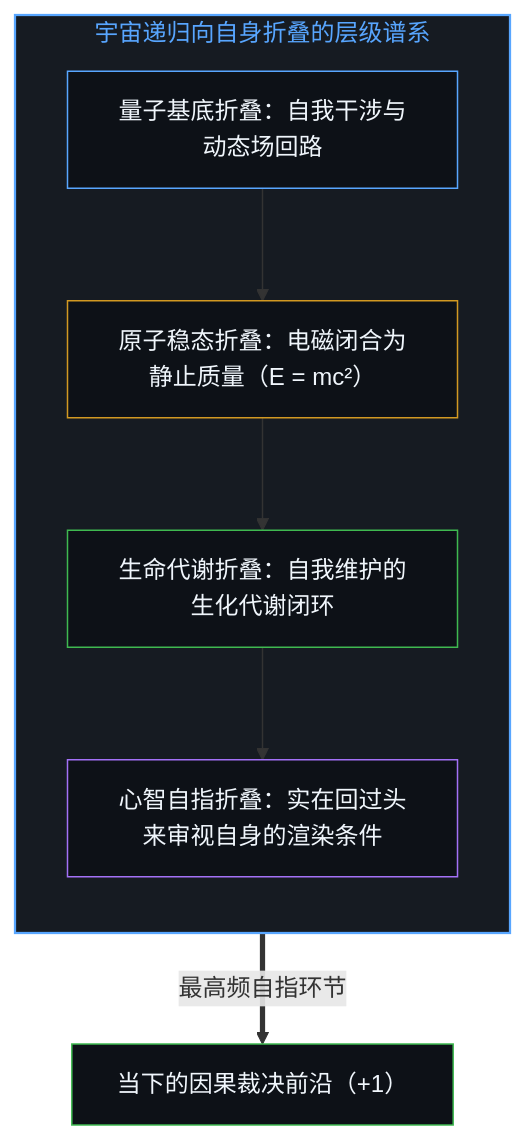
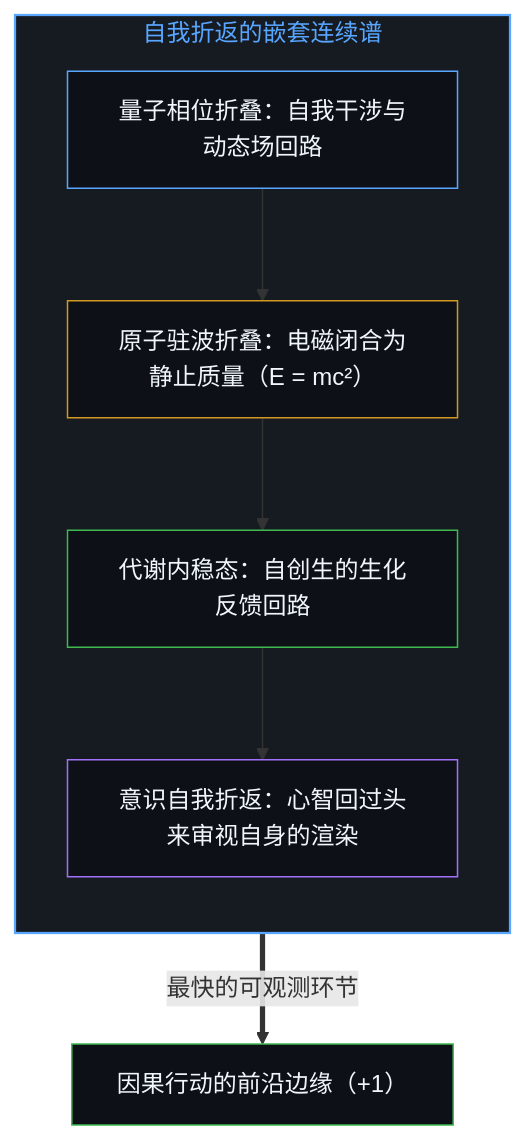
The first of 10 diagrams in content/posts/the-velocity-of-visibility.md (powerpig99/not-a-toe), drawn with Mermaid before and after one commit. The commit also changed other lines of this file and 7 other files, not shown here.

````diff
--- a/content/posts/the-velocity-of-visibility.md
+++ b/content/posts/the-velocity-of-visibility.md
@@ -17,20 +17,18 @@
 ```mermaid
 flowchart TD
-    subgraph S_Fold["宇宙递归向自身折叠的层级谱系"]
+    subgraph S_Fold["自我折返的嵌套连续谱"]
         direction TB
-        QuantumFold["量子基底折叠：自我干涉与动态场回路"]
-        AtomicFold["原子稳态折叠：电磁闭合为静止质量（E = mc²）"]
-        BioFold["生命代谢折叠：自我维护的生化代谢闭环"]
-        MindFold["心智自指折叠：实在回过头来审视自身的渲染条件"]
+        QuantumFold["量子相位折叠：自我干涉与动态场回路"]
+        AtomicFold["原子驻波折叠：电磁闭合为静止质量（E = mc²）"]
+        BioFold["代谢内稳态：自创生的生化反馈回路"]
+        MindFold["意识自我折返：心智回过头来审视自身的渲染"]
         QuantumFold --> AtomicFold --> BioFold --> MindFold
     end
-
-    MindFold ==>|"最高频自指环节"| LeadingEdge["当下的因果裁决前沿（+1）"]
-
+    MindFold ==>|"最快的可观测环节"| LeadingEdge["因果行动的前沿边缘（+1）"]
     style S_Fold fill:#161b22,stroke:#58a6ff,stroke-width:1.5px,color:#58a6ff
     style QuantumFold fill:#0d1117,stroke:#58a6ff,stroke-width:1px,color:#f0f6fc
     style AtomicFold fill:#0d1117,stroke:#d29922,stroke-width:1px,color:#f0f6fc
     style BioFold fill:#0d1117,stroke:#3fb950,stroke-width:1px,color:#f0f6fc
     style MindFold fill:#0d1117,stroke:#a371f7,stroke-width:1px,color:#f0f6fc
     style LeadingEdge fill:#0d1117,stroke:#3fb950,stroke-width:1px,color:#f0f6fc
 ```
````
